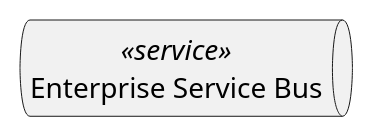
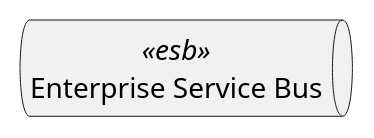
Before and after one commit to petersgiles/silver-octo-architecture: diagram 19 of 22 in src/content/docs/includes/common.iuml, drawn with PlantUML. The commit also changed other lines of this file and 34 other files, not shown here.

```diff
--- a/src/content/docs/includes/common.iuml
+++ b/src/content/docs/includes/common.iuml
@@ -53,3 +103,3 @@
 @startuml(id=svc_esb)    
-    queue "Enterprise Service Bus" <<service>> as SVC_ESB
+    queue "Enterprise Service Bus" <<esb>> as SVC_ESB
 @enduml
```
